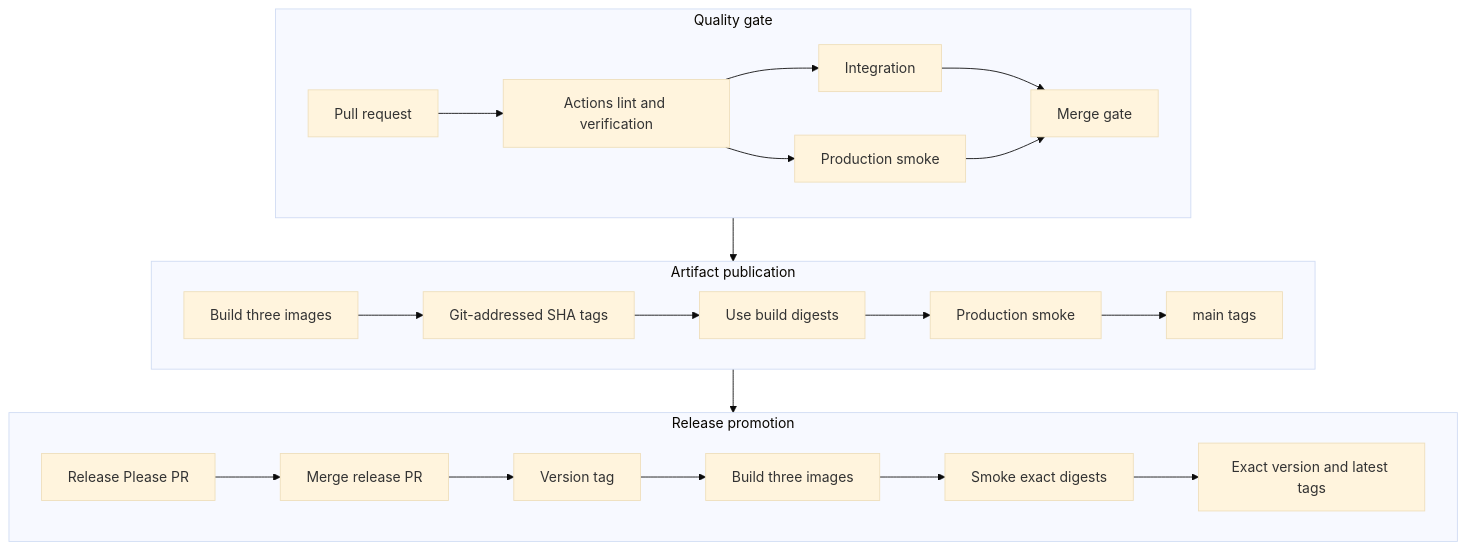
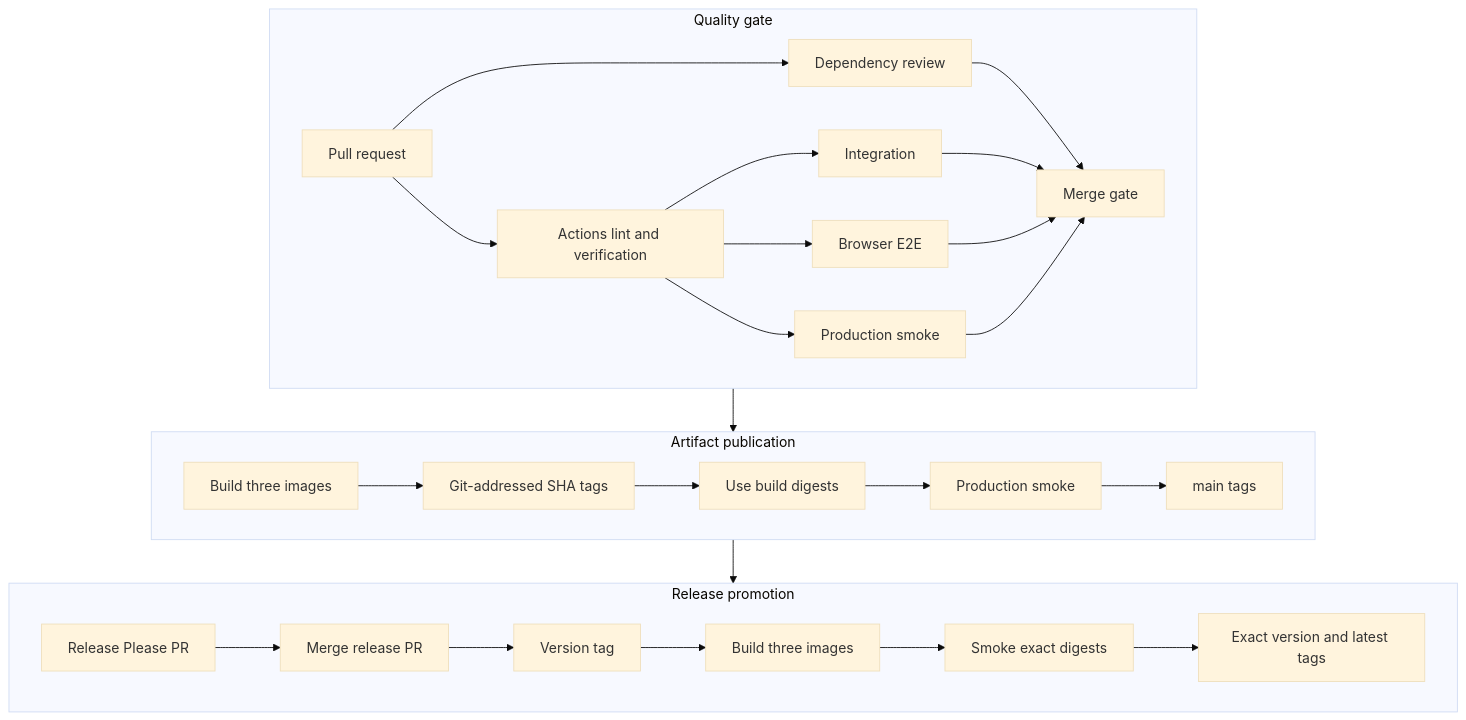
One commit to jakobzagar/Fit-Track changed the diagram in docs/release-process.md. Above: the diagram before and after it, drawn with Mermaid (base theme). The commit also changed other lines of this file and 4 other files, not shown here.

````diff
--- a/docs/release-process.md
+++ b/docs/release-process.md
@@ -13,31 +13,35 @@
 ```mermaid
 flowchart TB
     subgraph Quality[Quality gate]
         direction LR
         PR[Pull request] --> Checks[Actions lint and verification]
+        PR --> DependencyReview[Dependency review]
         Checks --> Integration[Integration]
+        Checks --> BrowserE2E[Browser E2E]
         Checks --> SourceSmoke[Production smoke]
+        DependencyReview --> Gate
         Integration --> Gate[Merge gate]
+        BrowserE2E --> Gate
         SourceSmoke --> Gate
     end
 
     subgraph Artifacts[Artifact publication]
         direction LR
         Build[Build three images] --> Sha[Git-addressed SHA tags]
         Sha --> Digest[Use build digests]
         Digest --> Smoke[Production smoke]
         Smoke --> Main[main tags]
     end
 
     subgraph Release[Release promotion]
         direction LR
         ReleasePR[Release Please PR] --> Merge[Merge release PR]
         Merge --> Tag[Version tag]
         Tag --> ReleaseBuild[Build three images]
         ReleaseBuild --> ReleaseSmoke[Smoke exact digests]
         ReleaseSmoke --> ReleaseTags[Exact version and latest tags]
     end
 
     Gate --> Build
     Main --> ReleasePR
 ```
````
